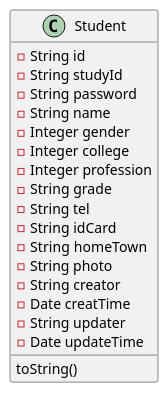
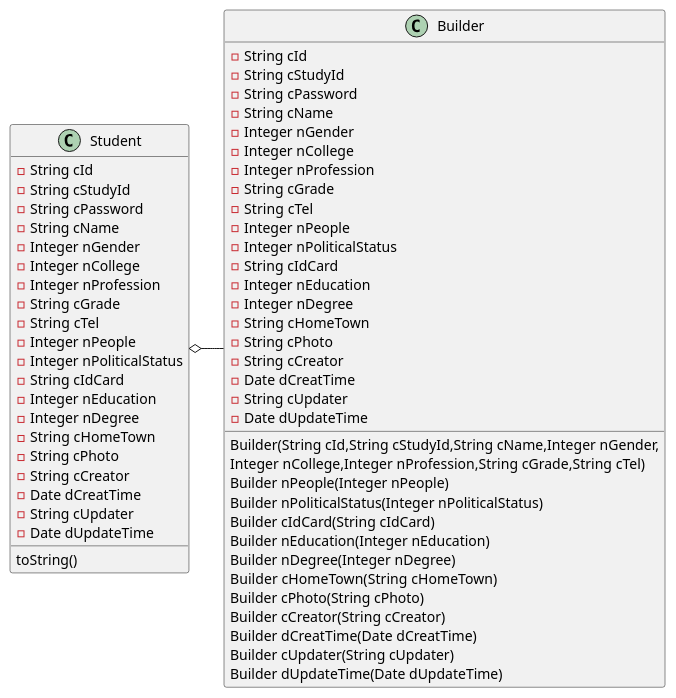
The diagram in uml/ClassDiagram/Student.puml (lbykang/SmartCampus), drawn with PlantUML before and after one commit. The commit also changed 1 other file, not shown here.

```diff
--- a/uml/ClassDiagram/Student.puml
+++ b/uml/ClassDiagram/Student.puml
@@ -1,22 +1,61 @@
 @startuml
 class Student{
--String id
--String studyId
--String password
--String name
--Integer gender
--Integer college
--Integer profession
--String grade
--String tel
--String idCard
--String homeTown
--String photo
--String creator
--Date creatTime
--String updater
--Date updateTime
+-String cId
+-String cStudyId
+-String cPassword
+-String cName
+-Integer nGender
+-Integer nCollege
+-Integer nProfession
+-String cGrade
+-String cTel
+-Integer nPeople
+-Integer nPoliticalStatus
+-String cIdCard
+-Integer nEducation
+-Integer nDegree
+-String cHomeTown
+-String cPhoto
+-String cCreator
+-Date dCreatTime
+-String cUpdater
+-Date dUpdateTime
 toString()
 }
-'class Builder{}
+class Builder{
+-String cId
+-String cStudyId
+-String cPassword
+-String cName
+-Integer nGender
+-Integer nCollege
+-Integer nProfession
+-String cGrade
+-String cTel
+-Integer nPeople
+-Integer nPoliticalStatus
+-String cIdCard
+-Integer nEducation
+-Integer nDegree
+-String cHomeTown
+-String cPhoto
+-String cCreator
+-Date dCreatTime
+-String cUpdater
+-Date dUpdateTime
+Builder(String cId,String cStudyId,String cName,Integer nGender,
+Integer nCollege,Integer nProfession,String cGrade,String cTel)
+Builder nPeople(Integer nPeople)
+Builder nPoliticalStatus(Integer nPoliticalStatus)
+Builder cIdCard(String cIdCard)
+Builder nEducation(Integer nEducation)
+Builder nDegree(Integer nDegree)
+Builder cHomeTown(String cHomeTown)
+Builder cPhoto(String cPhoto)
+Builder cCreator(String cCreator)
+Builder dCreatTime(Date dCreatTime)
+Builder cUpdater(String cUpdater)
+Builder dUpdateTime(Date dUpdateTime)
+}
+Student o- Builder
 @enduml
```
